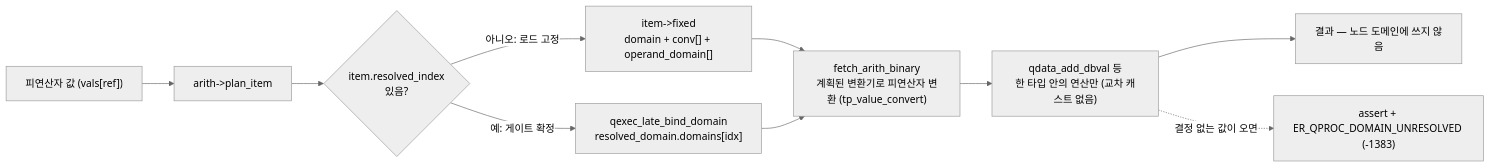
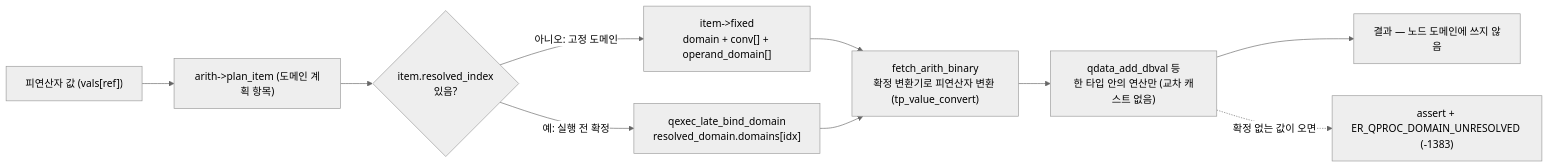
One commit to xmilex-git/workspace changed the tenth of 20 diagrams in docs/research/pr8022-architecture-diagrams.md. Above: the diagram before and after it, drawn with Mermaid (neutral theme). The commit also changed other lines of this file, not shown here.

First line of the commit message:
docs: PR 8022 diagrams in the CONTEXT.md vocabulary

````diff
--- a/docs/research/pr8022-architecture-diagrams.md
+++ b/docs/research/pr8022-architecture-diagrams.md
@@ -262,12 +262,12 @@
 ```mermaid
 flowchart LR
-  V["피연산자 값 (vals[ref])"] --> I["arith->plan_item"]
+  V["피연산자 값 (vals[ref])"] --> I["arith->plan_item (도메인 계획 항목)"]
   I --> D{"item.resolved_index<br/>있음?"}
-  D -- "아니오: 로드 고정" --> FX["item->fixed<br/>domain + conv[] + operand_domain[]"]
-  D -- "예: 게이트 확정" --> LB["qexec_late_bind_domain<br/>resolved_domain.domains[idx]"]
-  FX --> AB["fetch_arith_binary<br/>계획된 변환기로 피연산자 변환 (tp_value_convert)"]
+  D -- "아니오: 고정 도메인" --> FX["item->fixed<br/>domain + conv[] + operand_domain[]"]
+  D -- "예: 실행 전 확정" --> LB["qexec_late_bind_domain<br/>resolved_domain.domains[idx]"]
+  FX --> AB["fetch_arith_binary<br/>확정 변환기로 피연산자 변환 (tp_value_convert)"]
   LB --> AB
   AB --> OP["qdata_add_dbval 등<br/>한 타입 안의 연산만 (교차 캐스트 없음)"]
   OP --> R["결과 — 노드 도메인에 쓰지 않음"]
-  OP -. "결정 없는 값이 오면" .-> B["assert + ER_QPROC_DOMAIN_UNRESOLVED (-1383)"]
+  OP -. "확정 없는 값이 오면" .-> B["assert + ER_QPROC_DOMAIN_UNRESOLVED (-1383)"]
 ```
````
